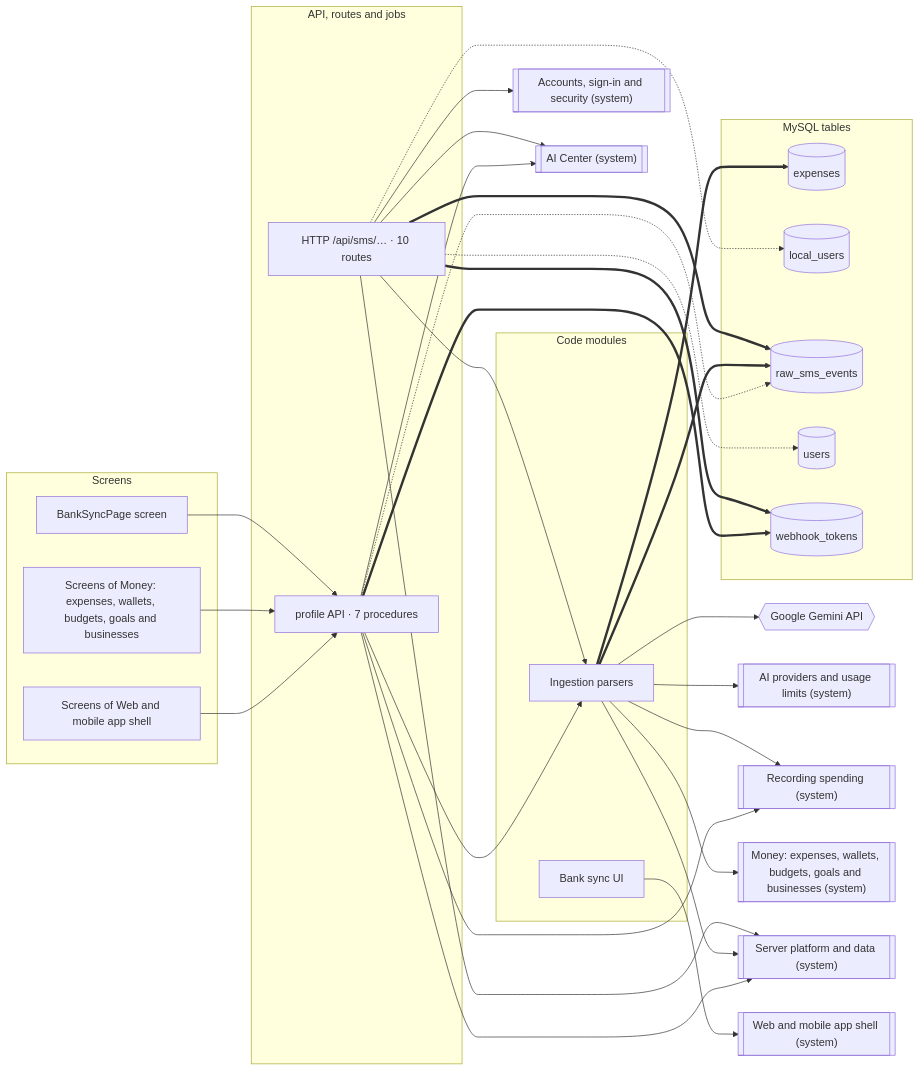
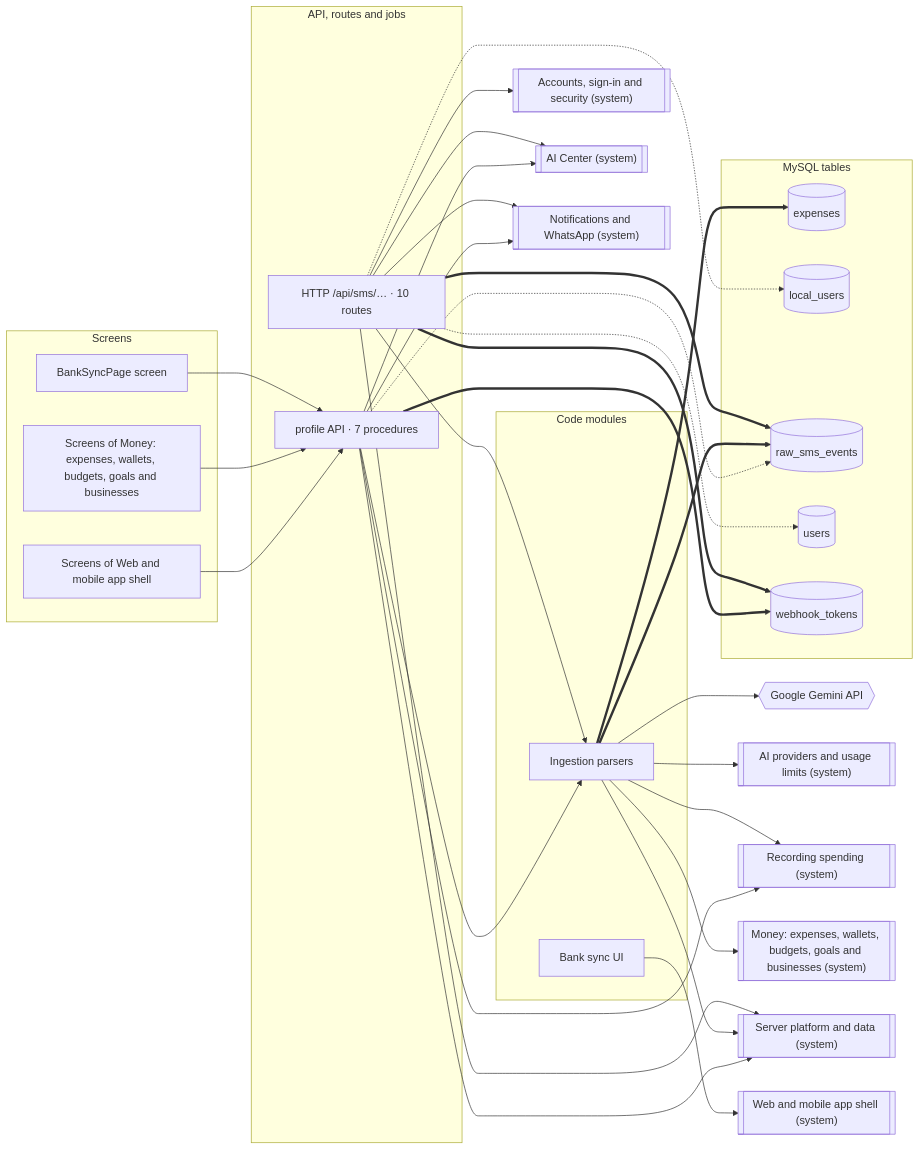
The first of 2 diagrams in docs/atlas/systems/bank-messages.md (mahmoudtaherr111/smartspend_mini_all), drawn with Mermaid before and after one commit. The commit also changed other lines of this file and 30 other files, not shown here.

````diff
--- a/docs/atlas/systems/bank-messages.md
+++ b/docs/atlas/systems/bank-messages.md
@@ -13,56 +13,59 @@
 ```mermaid
 flowchart LR
   subgraph g_screens["Screens"]
     page_BankSyncPage["BankSyncPage screen"]
     screens_money["Screens of Money: expenses, wallets, budgets, goals and businesses"]
     screens_web_app["Screens of Web and mobile app shell"]
   end
   subgraph g_api["API, routes and jobs"]
     http__api_sms["HTTP /api/sms/… · 10 routes"]
     router_profile["profile API · 7 procedures"]
   end
   subgraph g_modules["Code modules"]
     mod_ingestion_parsers["Ingestion parsers"]
     mod_web_bank_sync["Bank sync UI"]
   end
   subgraph g_tables["MySQL tables"]
     tbl_expenses[("expenses")]
     tbl_local_users[("local_users")]
     tbl_raw_sms_events[("raw_sms_events")]
     tbl_users[("users")]
     tbl_webhook_tokens[("webhook_tokens")]
   end
   ext_gemini{{"Google Gemini API"}}
   sys_accounts[["Accounts, sign-in and security (system)"]]
   sys_ai_center[["AI Center (system)"]]
   sys_ai_platform[["AI providers and usage limits (system)"]]
   sys_expense_capture[["Recording spending (system)"]]
   sys_money[["Money: expenses, wallets, budgets, goals and businesses (system)"]]
+  sys_notifications[["Notifications and WhatsApp (system)"]]
   sys_platform[["Server platform and data (system)"]]
   sys_web_app[["Web and mobile app shell (system)"]]
   http__api_sms --> mod_ingestion_parsers
   http__api_sms --> sys_accounts
   http__api_sms --> sys_ai_center
+  http__api_sms --> sys_notifications
   http__api_sms --> sys_platform
   http__api_sms -.-> tbl_local_users
   http__api_sms -.-> tbl_users
   http__api_sms ==> tbl_raw_sms_events
   http__api_sms ==> tbl_webhook_tokens
   mod_ingestion_parsers --> ext_gemini
   mod_ingestion_parsers --> sys_ai_platform
   mod_ingestion_parsers --> sys_expense_capture
   mod_ingestion_parsers --> sys_money
   mod_ingestion_parsers --> sys_platform
   mod_ingestion_parsers ==> tbl_expenses
   mod_ingestion_parsers ==> tbl_raw_sms_events
   mod_web_bank_sync --> sys_web_app
   page_BankSyncPage --> router_profile
   router_profile --> mod_ingestion_parsers
   router_profile --> sys_ai_center
   router_profile --> sys_expense_capture
+  router_profile --> sys_notifications
   router_profile --> sys_platform
   router_profile -.-> tbl_raw_sms_events
   router_profile ==> tbl_webhook_tokens
   screens_money --> router_profile
   screens_web_app --> router_profile
 ```
````
